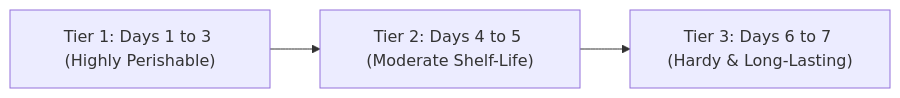
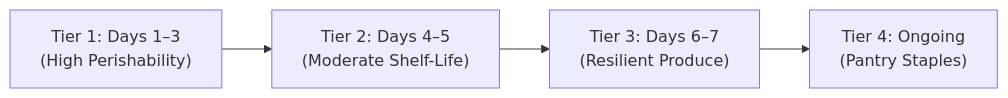
The second of 2 diagrams in .agent/skills/wolt-smart-pantry/references/GROCERY_PLANNING_RULES.md (AndresCUd/wolt-smart-pantry), drawn with Mermaid before and after one commit. The commit also changed other lines of this file and 5 other files, not shown here.

````diff
--- a/.agent/skills/wolt-smart-pantry/references/GROCERY_PLANNING_RULES.md
+++ b/.agent/skills/wolt-smart-pantry/references/GROCERY_PLANNING_RULES.md
@@ -37,4 +67,4 @@
 ```mermaid
 flowchart LR
-    A["Tier 1: Days 1 to 3 (Highly Perishable)"] --> B["Tier 2: Days 4 to 5 (Moderate Shelf-Life)"] --> C["Tier 3: Days 6 to 7 (Hardy & Long-Lasting)"]
+    T1["Tier 1: Days 1–3\n(High Perishability)"] --> T2["Tier 2: Days 4–5\n(Moderate Shelf-Life)"] --> T3["Tier 3: Days 6–7\n(Resilient Produce)"] --> T4["Tier 4: Ongoing\n(Pantry Staples)"]
 ```
````
